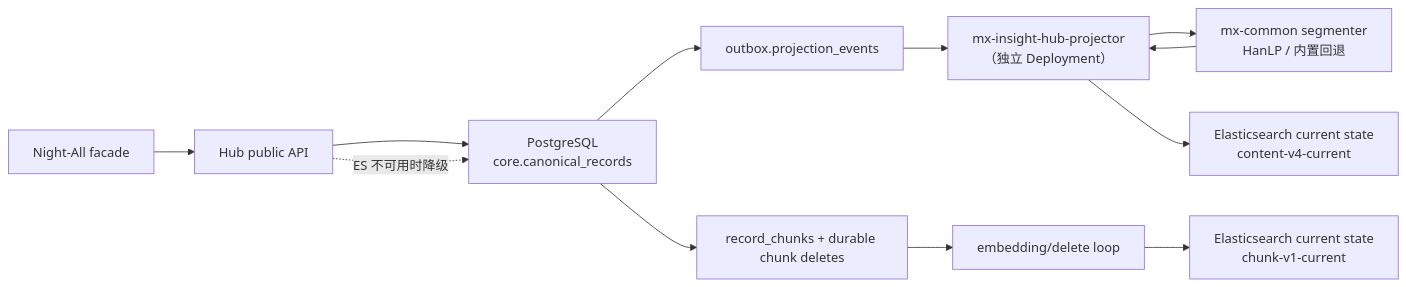
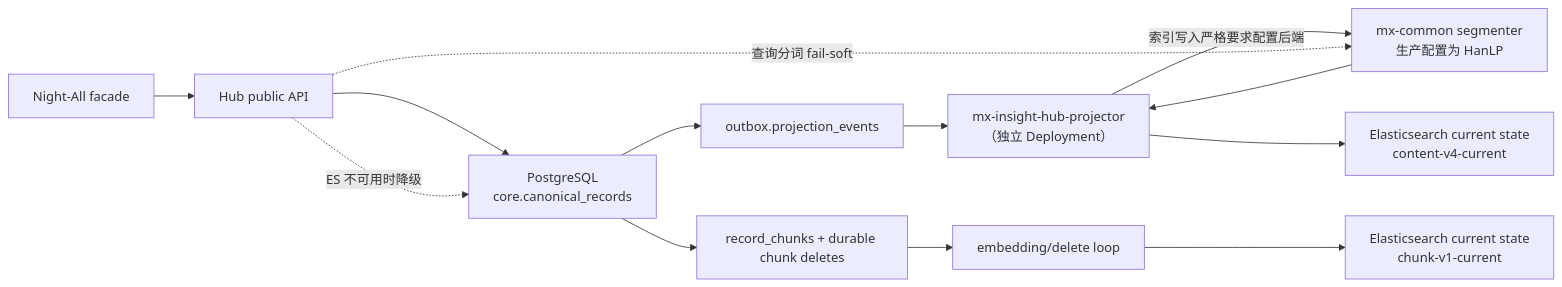
The diagram in electron-dock/mx-insight-hub/docs/architecture/shared-data-plane-and-search.md (qpjoy/de-llaaddddeerr), drawn with Mermaid before and after one commit. The commit also changed other lines of this file and 27 other files, not shown here.

````diff
--- a/electron-dock/mx-insight-hub/docs/architecture/shared-data-plane-and-search.md
+++ b/electron-dock/mx-insight-hub/docs/architecture/shared-data-plane-and-search.md
@@ -11,14 +11,15 @@
 ```mermaid
 flowchart LR
   NA["Night-All facade"] --> API["Hub public API"]
   API --> PG["PostgreSQL\ncore.canonical_records"]
   PG --> OB["outbox.projection_events"]
   OB --> PJ["mx-insight-hub-projector\n（独立 Deployment）"]
-  PJ --> SEG["mx-common segmenter\nHanLP / 内置回退"]
+  PJ -->|"索引写入严格要求配置后端"| SEG["mx-common segmenter\n生产配置为 HanLP"]
   SEG --> PJ
   PJ --> ES1["Elasticsearch current state\ncontent-v4-current"]
   PG --> CH["record_chunks + durable chunk deletes"]
   CH --> EP["embedding/delete loop"]
   EP --> ES2["Elasticsearch current state\nchunk-v1-current"]
+  API -. "查询分词 fail-soft" .-> SEG
   API -. "ES 不可用时降级" .-> PG
 ```
````
